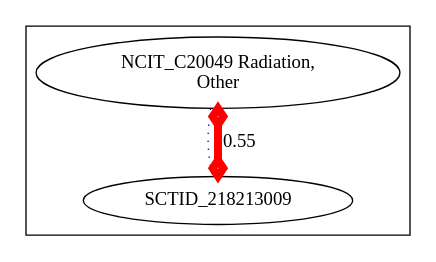
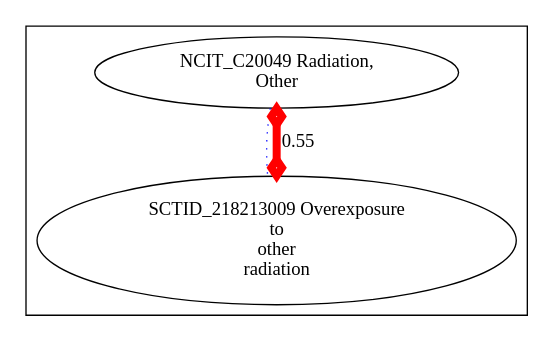
The diagram in target/img-SCTID_218213009.dot (cmungall/radiation-ontology), drawn with Graphviz before and after one commit. The commit also changed 20 other files, not shown here.

```diff
--- a/target/img-SCTID_218213009.dot
+++ b/target/img-SCTID_218213009.dot
@@ -1,7 +1,10 @@
 digraph cliquegraph {
-subgraph cluster_SCTID_218213009 {SCTID_218213009 [ label="SCTID_218213009 " ];
+subgraph cluster_SCTID_218213009 {SCTID_218213009 [ label="SCTID_218213009 Overexposure
+to
+other
+radiation" ];
 NCIT_C20049 [ label="NCIT_C20049 Radiation,
 Other" ];}
 NCIT_C20049 -> SCTID_218213009 [ arrowhead = none, penwidth=1, color=blue, label="", style=dotted]
 NCIT_C20049 -> SCTID_218213009 [ arrowhead = ediamond, penwidth=6, color=red, label="0.55", style=solid, arrowtail=ediamond, dir=both]
 }
```
